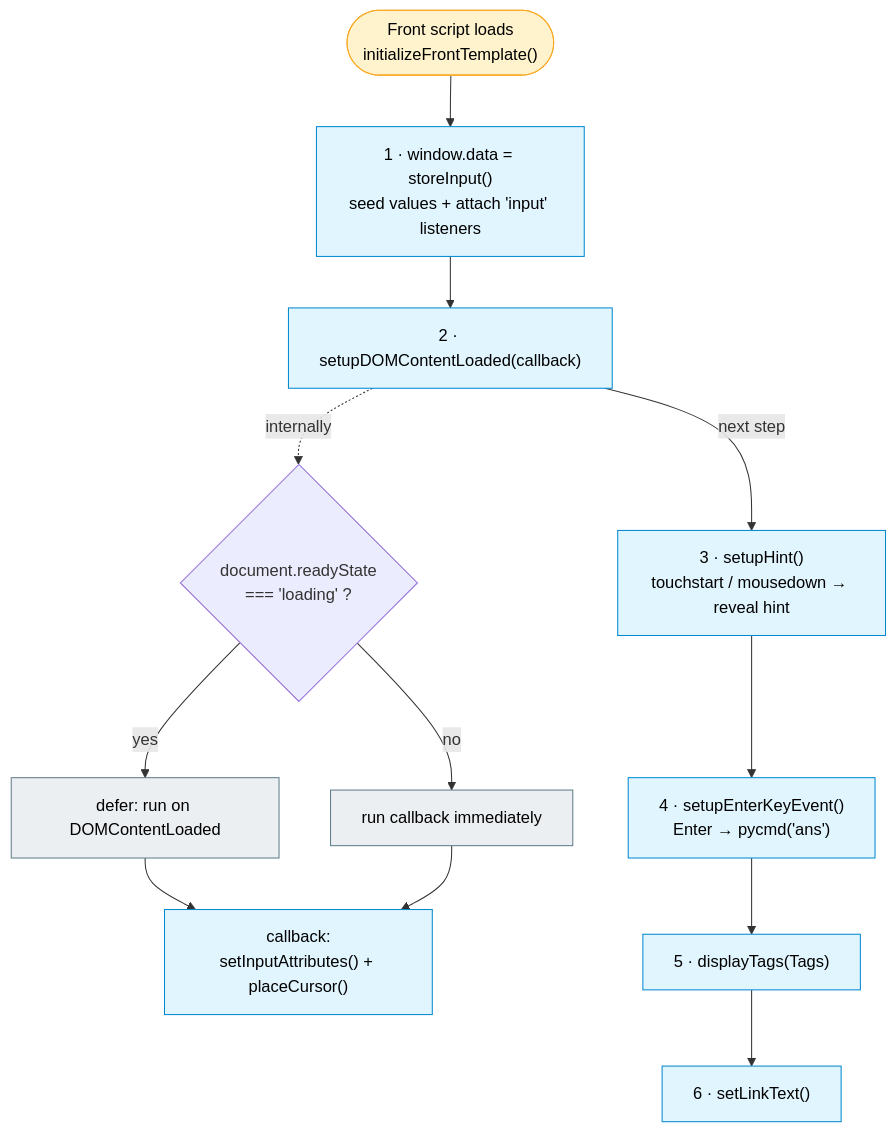
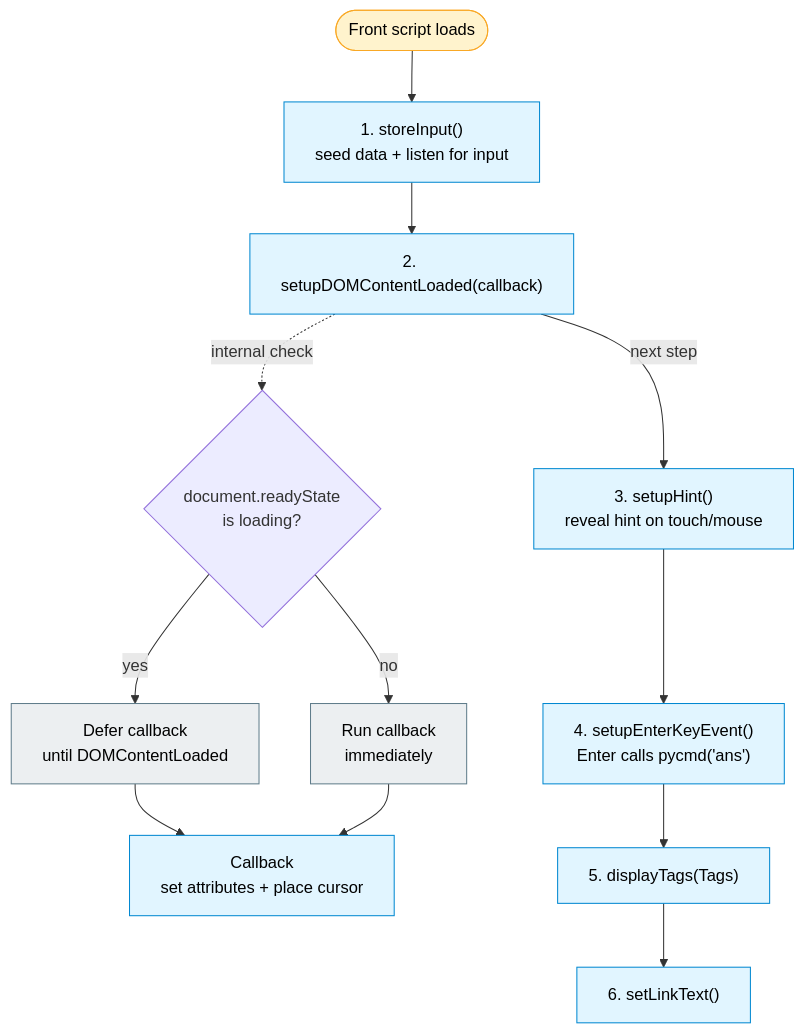
Before and after one commit to muhsinali/anki_templates: the first of 2 diagrams in documentation/architecture-diagrams/06-card-lifecycles.md, drawn with Mermaid. The commit also changed other lines of this file and 16 other files, not shown here.

````diff
--- a/documentation/architecture-diagrams/06-card-lifecycles.md
+++ b/documentation/architecture-diagrams/06-card-lifecycles.md
@@ -11,21 +11,40 @@
 ```mermaid
 flowchart TB
-    F0(["Front script loads<br/>initializeFrontTemplate()"]) --> F1["1 · window.data = storeInput()<br/>seed values + attach 'input' listeners"]
-    F1 --> F2["2 · setupDOMContentLoaded(callback)"]
-    F2 -.->|internally| D{"document.readyState<br/>=== 'loading' ?"}
-    D -->|yes| DA["defer: run on DOMContentLoaded"]
-    D -->|no| DB["run callback immediately"]
-    DA --> CB["callback:<br/>setInputAttributes() + placeCursor()"]
-    DB --> CB
-    F2 -->|next step| F3["3 · setupHint()<br/>touchstart / mousedown → reveal hint"]
-    F3 --> F4["4 · setupEnterKeyEvent()<br/>Enter → pycmd('ans')"]
-    F4 --> F5["5 · displayTags(Tags)"]
-    F5 --> F6["6 · setLinkText()"]
+    front_load(["Front script loads"])
+    seed_data["1. storeInput()<br/>seed data + listen for input"]
+    dom_setup["2. setupDOMContentLoaded(callback)"]
+    dom_ready{"document.readyState<br/>is loading?"}
+    defer_callback["Defer callback<br/>until DOMContentLoaded"]
+    run_callback["Run callback<br/>immediately"]
+    prepare_inputs["Callback<br/>set attributes + place cursor"]
+    setup_hint["3. setupHint()<br/>reveal hint on touch/mouse"]
+    setup_enter["4. setupEnterKeyEvent()<br/>Enter calls pycmd('ans')"]
+    display_tags["5. displayTags(Tags)"]
+    set_link["6. setLinkText()"]
+
+    %% First, create the front-to-back state channel.
+    front_load --> seed_data
+    seed_data --> dom_setup
+
+    %% Then decide when DOM-touching work can run.
+    dom_setup -.->|internal check| dom_ready
+    dom_ready -->|yes| defer_callback
+    dom_ready -->|no| run_callback
+    defer_callback --> prepare_inputs
+    run_callback --> prepare_inputs
+
+    %% Continue the entry-point call order.
+    dom_setup -->|next step| setup_hint
+    setup_hint --> setup_enter
+    setup_enter --> display_tags
+    display_tags --> set_link
 
     classDef entry fill:#fff3cd,stroke:#f9a825,color:#000;
-    classDef proc fill:#e1f5ff,stroke:#0288d1,color:#000;
+    classDef process fill:#e1f5ff,stroke:#0288d1,color:#000;
     classDef branch fill:#eceff1,stroke:#607d8b,color:#000;
-    class F0 entry;
-    class F1,F2,F3,F4,F5,F6,CB proc;
-    class DA,DB branch;
+
+    class front_load entry;
+    class seed_data,dom_setup,prepare_inputs process;
+    class setup_hint,setup_enter,display_tags,set_link process;
+    class defer_callback,run_callback branch;
 ```
````
